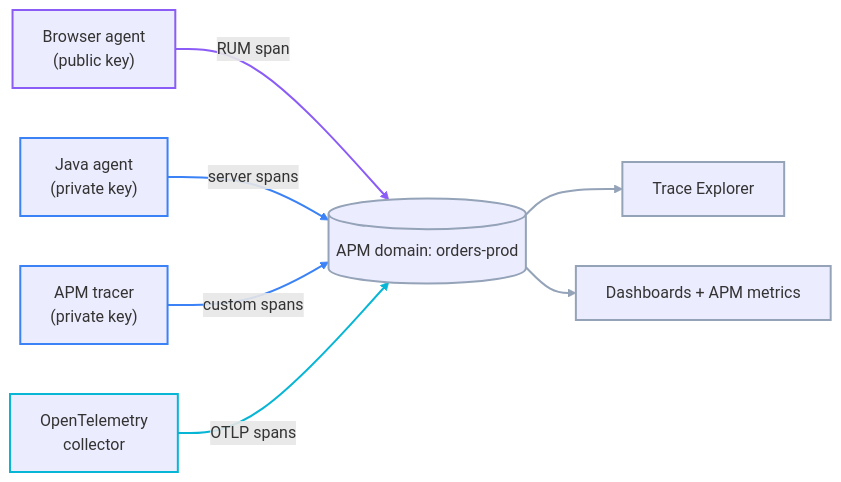
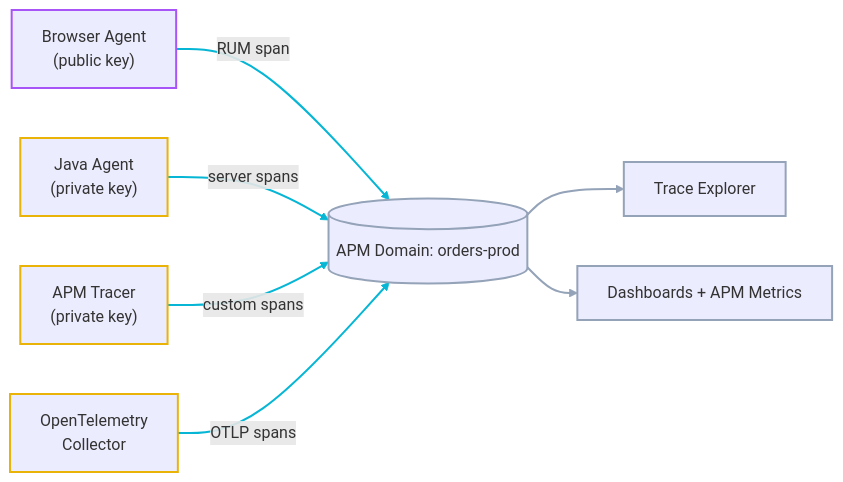
The first of 3 diagrams in 04-oracle/observability-professional/06-application-performance-monitoring.md (leonlnj/engineering-gym), drawn with Mermaid before and after one commit. The commit also changed other lines of this file and 10 other files, not shown here.

````diff
--- a/04-oracle/observability-professional/06-application-performance-monitoring.md
+++ b/04-oracle/observability-professional/06-application-performance-monitoring.md
@@ -90,22 +88,20 @@
 ```mermaid
 flowchart LR
-    BR["Browser agent<br/>(public key)"] -->|"RUM span"| D[("APM domain: orders-prod")]
-    JA["Java agent<br/>(private key)"] -->|"server spans"| D
-    TR["APM tracer<br/>(private key)"] -->|"custom spans"| D
-    OT["OpenTelemetry<br/>collector"] -->|"OTLP spans"| D
+    BR["Browser Agent<br/>(public key)"] -->|"RUM span"| D[("APM Domain: orders-prod")]
+    JA["Java Agent<br/>(private key)"] -->|"server spans"| D
+    TR["APM Tracer<br/>(private key)"] -->|"custom spans"| D
+    OT["OpenTelemetry<br/>Collector"] -->|"OTLP spans"| D
     D --> TE["Trace Explorer"]
-    D --> DB["Dashboards + APM metrics"]
+    D --> DB["Dashboards + APM Metrics"]
 
-    linkStyle 0 stroke:#8b5cf6,stroke-width:2px
-    linkStyle 1,2 stroke:#3b82f6,stroke-width:2px
-    linkStyle 3 stroke:#06b6d4,stroke-width:2px
+    linkStyle 0,1,2,3 stroke:#06b6d4,stroke-width:2px
     linkStyle 4,5 stroke:#94a3b8,stroke-width:2px
 
-    style BR stroke:#8b5cf6,stroke-width:2px
-    style JA stroke:#3b82f6,stroke-width:2px
-    style TR stroke:#3b82f6,stroke-width:2px
-    style OT stroke:#06b6d4,stroke-width:2px
+    style BR stroke:#a855f7,stroke-width:2px
+    style JA stroke:#eab308,stroke-width:2px
+    style TR stroke:#eab308,stroke-width:2px
+    style OT stroke:#eab308,stroke-width:2px
     style D stroke:#94a3b8,stroke-width:2px
     style TE stroke:#94a3b8,stroke-width:2px
     style DB stroke:#94a3b8,stroke-width:2px
 ```
````
